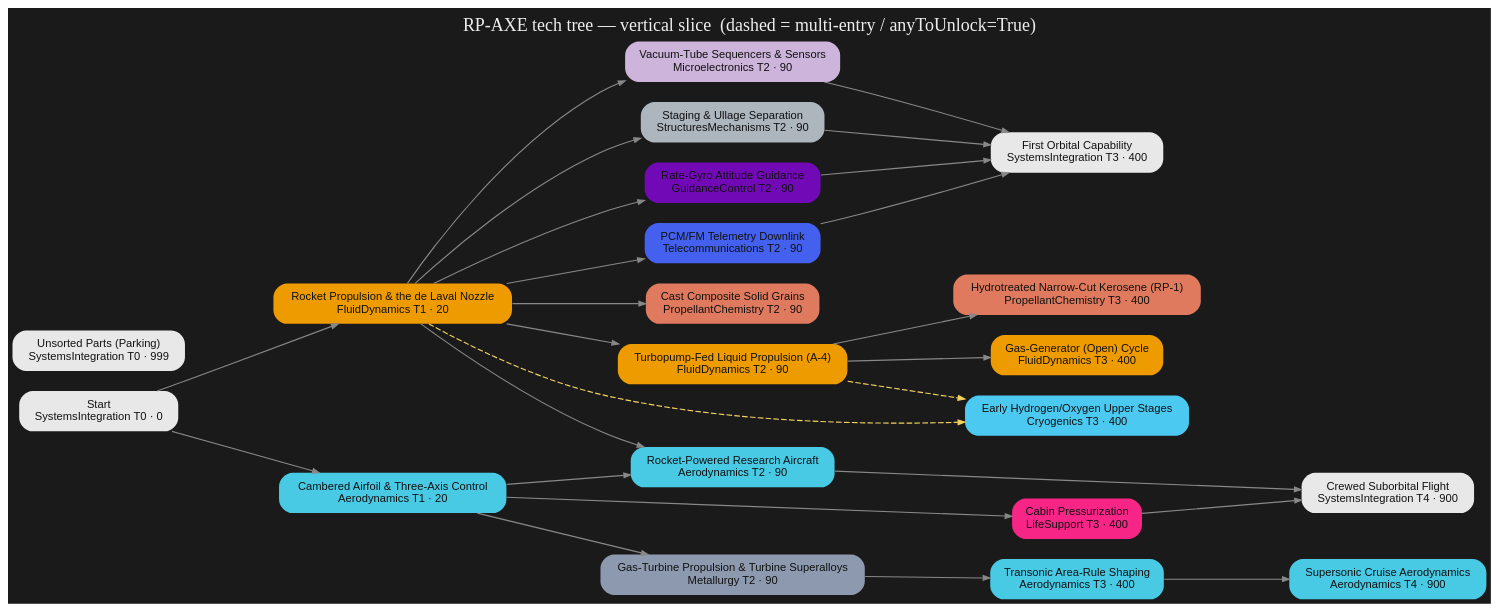
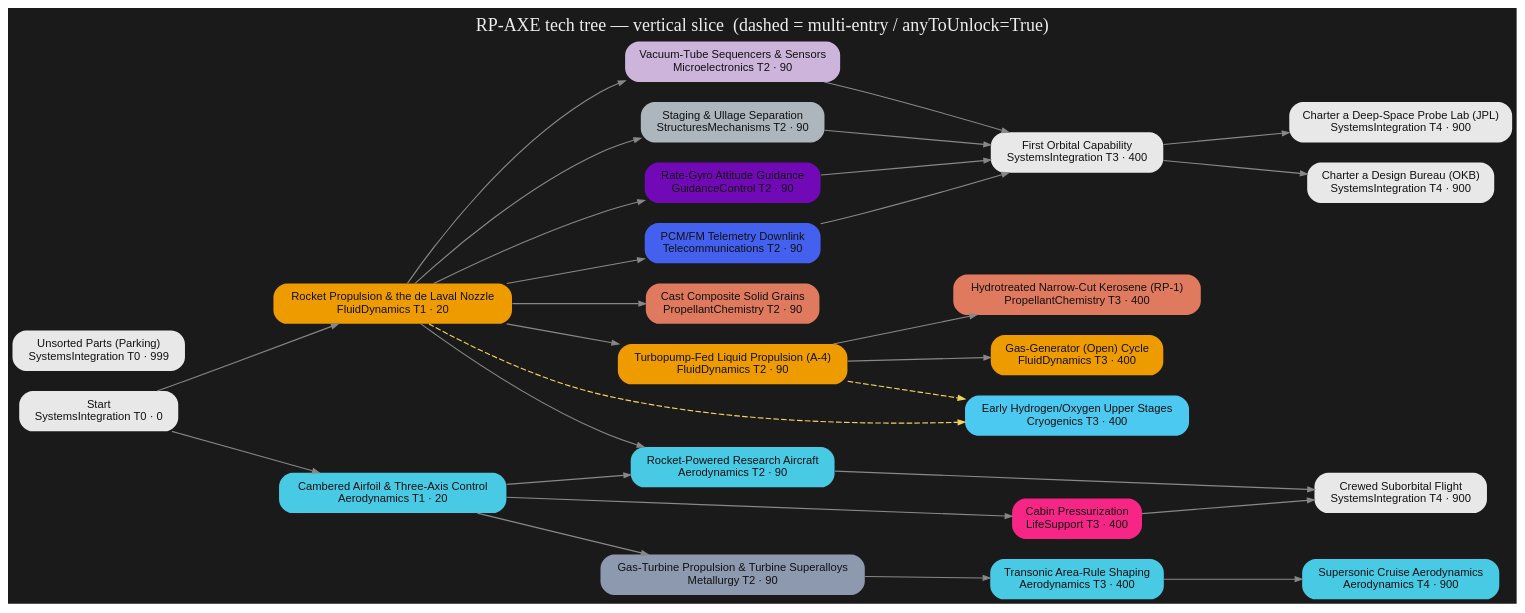
One commit to miskoltrans/RP-AXE changed the diagram in tree/render/axe-tree.dot. Above: the diagram before and after it, drawn with Graphviz. The commit also changed 7 other files, not shown here.

First line of the commit message:
tree: probe subtree (hire-JPL/hire-OKB) + requirements gap-check (bare minimum)

```diff
--- a/tree/render/axe-tree.dot
+++ b/tree/render/axe-tree.dot
@@ -1,56 +1,60 @@
 digraph AXE {
   rankdir=LR; bgcolor="#1a1a1a"; nodesep=0.25; ranksep=1.1;
   node[shape=box,style="filled,rounded",fontname="Helvetica",fontsize=10,color="#00000000"];
   edge[color="#888888",arrowsize=0.6];
   "start" [label="Start\nSystemsIntegration T0 · 0",fillcolor="#e8e8e8",fontcolor="#111111"];
   "parking" [label="Unsorted Parts (Parking)\nSystemsIntegration T0 · 999",fillcolor="#e8e8e8",fontcolor="#111111"];
   "rocketryStart" [label="Rocket Propulsion & the de Laval Nozzle\nFluidDynamics T1 · 20",fillcolor="#ee9b00",fontcolor="#111111"];
   "fd_turbopumpLiquid" [label="Turbopump-Fed Liquid Propulsion (A-4)\nFluidDynamics T2 · 90",fillcolor="#ee9b00",fontcolor="#111111"];
   "pc_solidGrain" [label="Cast Composite Solid Grains\nPropellantChemistry T2 · 90",fillcolor="#e07a5f",fontcolor="#111111"];
   "pc_kerosene" [label="Hydrotreated Narrow-Cut Kerosene (RP-1)\nPropellantChemistry T3 · 400",fillcolor="#e07a5f",fontcolor="#111111"];
   "fd_gasGenerator" [label="Gas-Generator (Open) Cycle\nFluidDynamics T3 · 400",fillcolor="#ee9b00",fontcolor="#111111"];
   "cryo_earlyHydrolox" [label="Early Hydrogen/Oxygen Upper Stages\nCryogenics T3 · 400",fillcolor="#4cc9f0",fontcolor="#111111"];
   "str_stageSeparation" [label="Staging & Ullage Separation\nStructuresMechanisms T2 · 90",fillcolor="#adb5bd",fontcolor="#111111"];
   "gnc_earlyGuidance" [label="Rate-Gyro Attitude Guidance\nGuidanceControl T2 · 90",fillcolor="#7209b7",fontcolor="#111111"];
   "tel_pcmTelemetry" [label="PCM/FM Telemetry Downlink\nTelecommunications T2 · 90",fillcolor="#4361ee",fontcolor="#111111"];
   "mic_probeAvionics" [label="Vacuum-Tube Sequencers & Sensors\nMicroelectronics T2 · 90",fillcolor="#cdb4db",fontcolor="#111111"];
   "int_firstOrbit" [label="First Orbital Capability\nSystemsIntegration T3 · 400",fillcolor="#e8e8e8",fontcolor="#111111"];
+  "hire_JPL" [label="Charter a Deep-Space Probe Lab (JPL)\nSystemsIntegration T4 · 900",fillcolor="#e8e8e8",fontcolor="#111111"];
+  "hire_OKB" [label="Charter a Design Bureau (OKB)\nSystemsIntegration T4 · 900",fillcolor="#e8e8e8",fontcolor="#111111"];
   "xplaneStart" [label="Cambered Airfoil & Three-Axis Control\nAerodynamics T1 · 20",fillcolor="#48cae4",fontcolor="#111111"];
   "met_turbojet" [label="Gas-Turbine Propulsion & Turbine Superalloys\nMetallurgy T2 · 90",fillcolor="#8d99ae",fontcolor="#111111"];
   "aero_transonicFlight" [label="Transonic Area-Rule Shaping\nAerodynamics T3 · 400",fillcolor="#48cae4",fontcolor="#111111"];
   "aero_supersonicCruise" [label="Supersonic Cruise Aerodynamics\nAerodynamics T4 · 900",fillcolor="#48cae4",fontcolor="#111111"];
   "aero_rocketplane" [label="Rocket-Powered Research Aircraft\nAerodynamics T2 · 90",fillcolor="#48cae4",fontcolor="#111111"];
   "life_pressurizedCabin" [label="Cabin Pressurization\nLifeSupport T3 · 400",fillcolor="#f72585",fontcolor="#111111"];
   "int_crewedSuborbital" [label="Crewed Suborbital Flight\nSystemsIntegration T4 · 900",fillcolor="#e8e8e8",fontcolor="#111111"];
   { rank=same; "start" "parking" }
   { rank=same; "rocketryStart" "xplaneStart" }
   { rank=same; "fd_turbopumpLiquid" "pc_solidGrain" "str_stageSeparation" "gnc_earlyGuidance" "tel_pcmTelemetry" "mic_probeAvionics" "met_turbojet" "aero_rocketplane" }
   { rank=same; "pc_kerosene" "fd_gasGenerator" "cryo_earlyHydrolox" "int_firstOrbit" "aero_transonicFlight" "life_pressurizedCabin" }
-  { rank=same; "aero_supersonicCruise" "int_crewedSuborbital" }
+  { rank=same; "hire_JPL" "hire_OKB" "aero_supersonicCruise" "int_crewedSuborbital" }
   "start" -> "rocketryStart" [style=solid];
   "rocketryStart" -> "fd_turbopumpLiquid" [style=solid];
   "rocketryStart" -> "pc_solidGrain" [style=solid];
   "fd_turbopumpLiquid" -> "pc_kerosene" [style=solid];
   "fd_turbopumpLiquid" -> "fd_gasGenerator" [style=solid];
   "rocketryStart" -> "cryo_earlyHydrolox" [style=dashed,color="#f4d35e"];
   "fd_turbopumpLiquid" -> "cryo_earlyHydrolox" [style=dashed,color="#f4d35e"];
   "rocketryStart" -> "str_stageSeparation" [style=solid];
   "rocketryStart" -> "gnc_earlyGuidance" [style=solid];
   "rocketryStart" -> "tel_pcmTelemetry" [style=solid];
   "rocketryStart" -> "mic_probeAvionics" [style=solid];
   "str_stageSeparation" -> "int_firstOrbit" [style=solid];
   "gnc_earlyGuidance" -> "int_firstOrbit" [style=solid];
   "tel_pcmTelemetry" -> "int_firstOrbit" [style=solid];
   "mic_probeAvionics" -> "int_firstOrbit" [style=solid];
+  "int_firstOrbit" -> "hire_JPL" [style=solid];
+  "int_firstOrbit" -> "hire_OKB" [style=solid];
   "start" -> "xplaneStart" [style=solid];
   "xplaneStart" -> "met_turbojet" [style=solid];
   "met_turbojet" -> "aero_transonicFlight" [style=solid];
   "aero_transonicFlight" -> "aero_supersonicCruise" [style=solid];
   "xplaneStart" -> "aero_rocketplane" [style=solid];
   "rocketryStart" -> "aero_rocketplane" [style=solid];
   "xplaneStart" -> "life_pressurizedCabin" [style=solid];
   "aero_rocketplane" -> "int_crewedSuborbital" [style=solid];
   "life_pressurizedCabin" -> "int_crewedSuborbital" [style=solid];
   labelloc="t"; fontcolor="#eeeeee"; fontsize=16;
   label="RP-AXE tech tree — vertical slice  (dashed = multi-entry / anyToUnlock=True)";
 }
```
